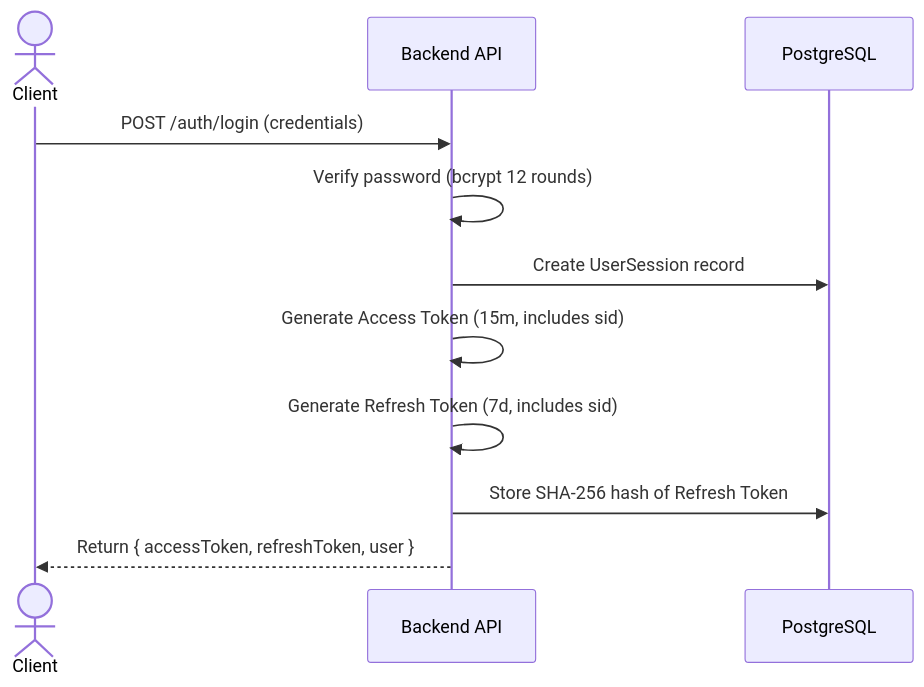
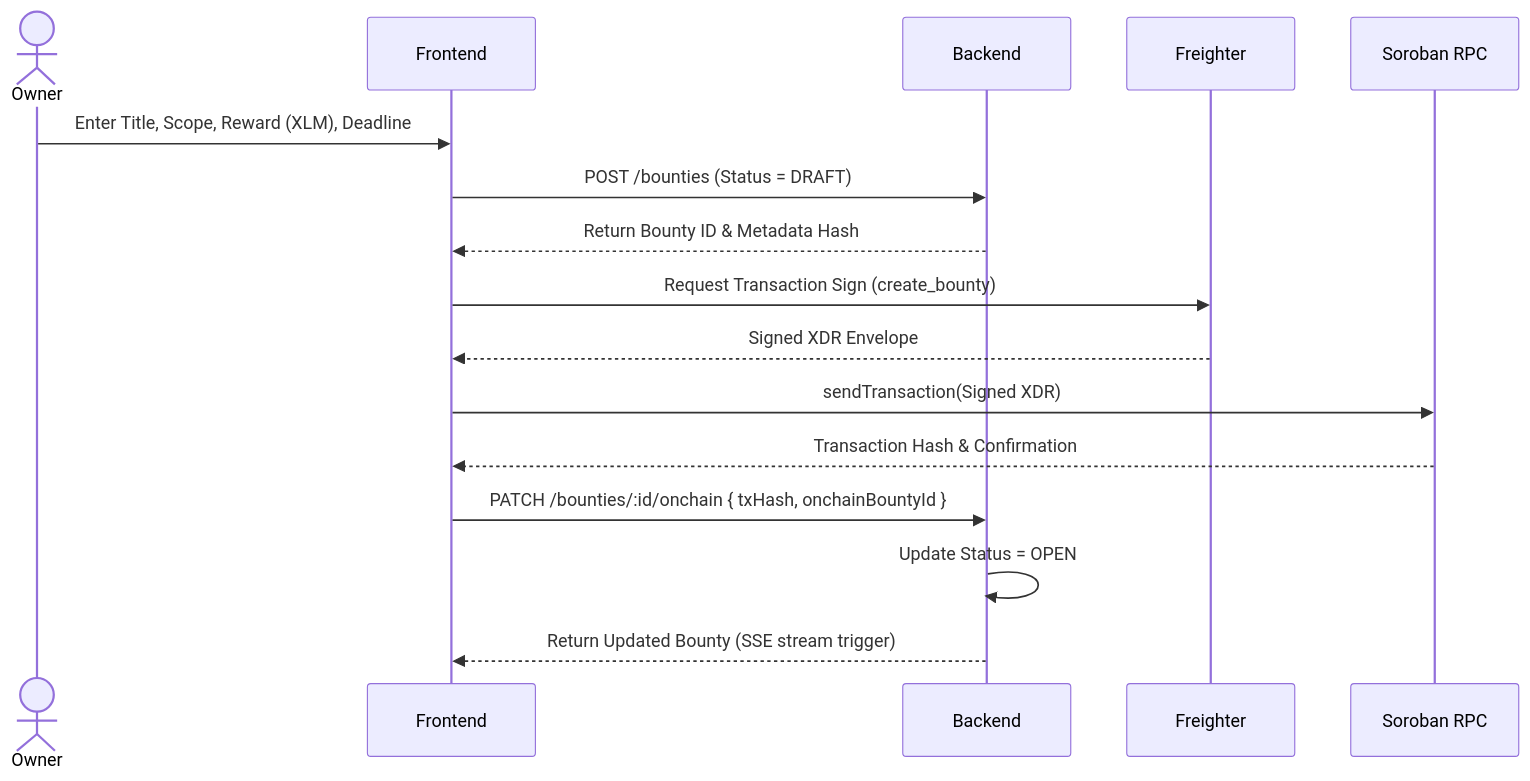
The fourth of 9 diagrams in README.md (TheAnh1404/BugChain), drawn with Mermaid before and after one commit. The commit also changed other lines of this file, not shown here.

````diff
--- a/README.md
+++ b/README.md
@@ -567,14 +177,19 @@
 ```mermaid
 sequenceDiagram
-    actor Client
-    participant API as Backend API
-    participant DB as PostgreSQL
+    actor Owner
+    participant Frontend
+    participant Backend
+    participant Freighter
+    participant Soroban as Soroban RPC
 
-    Client->>API: POST /auth/login (credentials)
-    API->>API: Verify password (bcrypt 12 rounds)
-    API->>DB: Create UserSession record
-    API->>API: Generate Access Token (15m, includes sid)
-    API->>API: Generate Refresh Token (7d, includes sid)
-    API->>DB: Store SHA-256 hash of Refresh Token
-    API-->>Client: Return { accessToken, refreshToken, user }
+    Owner->>Frontend: Enter Title, Scope, Reward (XLM), Deadline
+    Frontend->>Backend: POST /bounties (Status = DRAFT)
+    Backend-->>Frontend: Return Bounty ID & Metadata Hash
+    Frontend->>Freighter: Request Transaction Sign (create_bounty)
+    Freighter-->>Frontend: Signed XDR Envelope
+    Frontend->>Soroban: sendTransaction(Signed XDR)
+    Soroban-->>Frontend: Transaction Hash & Confirmation
+    Frontend->>Backend: PATCH /bounties/:id/onchain { txHash, onchainBountyId }
+    Backend->>Backend: Update Status = OPEN
+    Backend-->>Frontend: Return Updated Bounty (SSE stream trigger)
 ```
````
